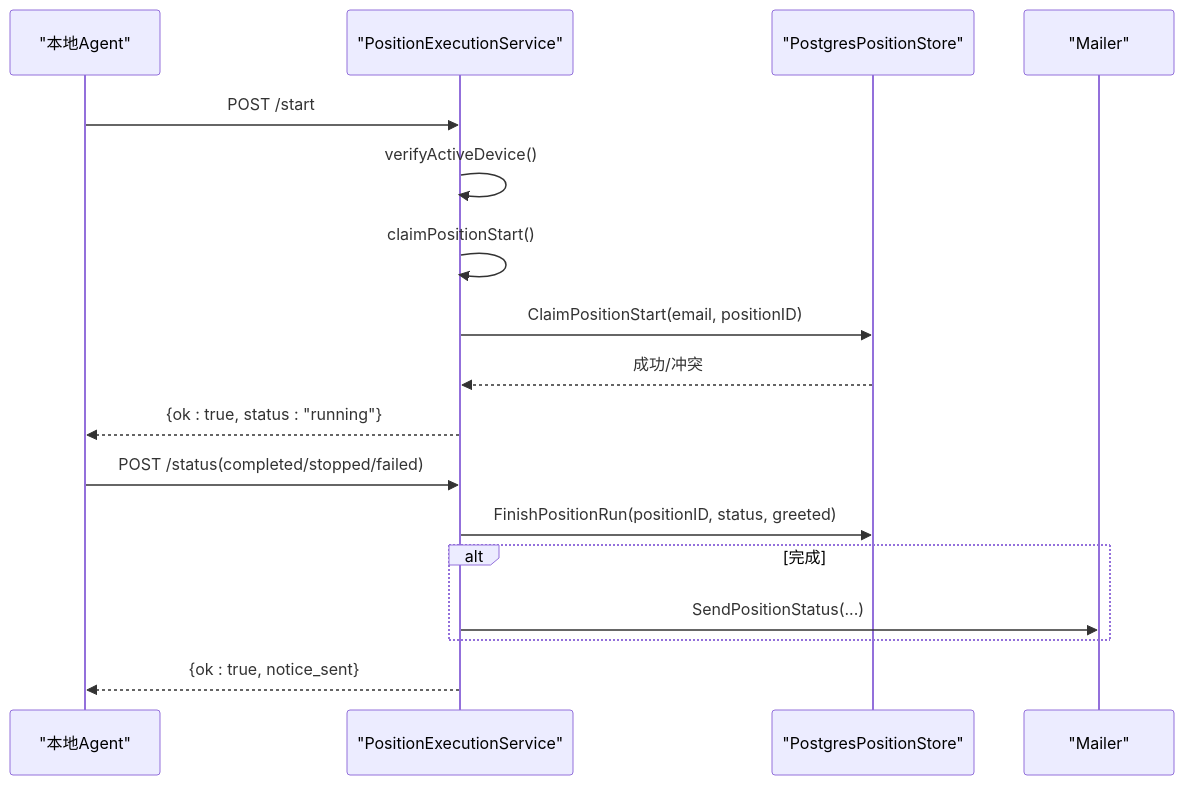
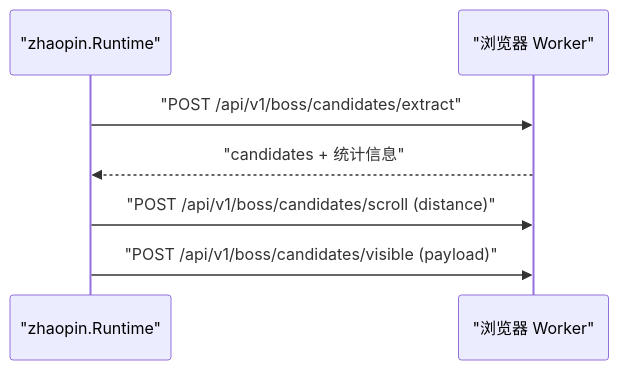
Before and after one commit to alvinwangzi/goodhr: the fourth of 6 diagrams in .qoder/repowiki/zh/content/本地执行器/平台适配器/智联招聘适配器/职位管理.md, drawn with Mermaid. The commit also changed other lines of this file and 149 other files, not shown here.

````diff
--- a/.qoder/repowiki/zh/content/本地执行器/平台适配器/智联招聘适配器/职位管理.md
+++ b/.qoder/repowiki/zh/content/本地执行器/平台适配器/智联招聘适配器/职位管理.md
@@ -169,19 +178,9 @@
 ```mermaid
 sequenceDiagram
-participant Client as "本地Agent"
-participant Svc as "PositionExecutionService"
-participant Store as "PostgresPositionStore"
-participant Mail as "Mailer"
-Client->>Svc : POST /start
-Svc->>Svc : verifyActiveDevice()
-Svc->>Svc : claimPositionStart()
-Svc->>Store : ClaimPositionStart(email, positionID)
-Store-->>Svc : 成功/冲突
-Svc-->>Client : {ok : true, status : "running"}
-Client->>Svc : POST /status(completed/stopped/failed)
-Svc->>Store : FinishPositionRun(positionID, status, greeted)
-alt 完成
-Svc->>Mail : SendPositionStatus(...)
-end
-Svc-->>Client : {ok : true, notice_sent}
+participant R as "zhaopin.Runtime"
+participant W as "浏览器 Worker"
+R->>W : "POST /api/v1/boss/candidates/extract"
+W-->>R : "candidates + 统计信息"
+R->>W : "POST /api/v1/boss/candidates/scroll (distance)"
+R->>W : "POST /api/v1/boss/candidates/visible (payload)"
 ```
````
